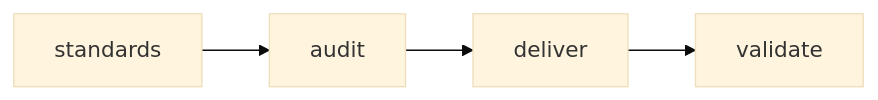
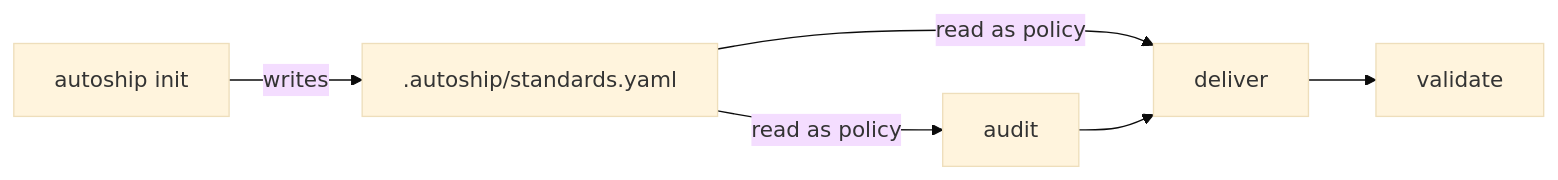
One commit to Calibrax-ai/autoship changed the diagram in docs/architecture/system-overview.md. Above: the diagram before and after it, drawn with Mermaid (base theme). The commit also changed other lines of this file and 7 other files, not shown here.

````diff
--- a/docs/architecture/system-overview.md
+++ b/docs/architecture/system-overview.md
@@ -21,6 +22,8 @@
 ```mermaid
 flowchart LR
-    S[standards] --> A[audit]
-    A --> D[deliver]
+    init["autoship init"] -->|writes| std[".autoship/standards.yaml"]
+    std -->|read as policy| A[audit]
+    std -->|read as policy| D[deliver]
+    A --> D
     D --> V[validate]
 ```
````
